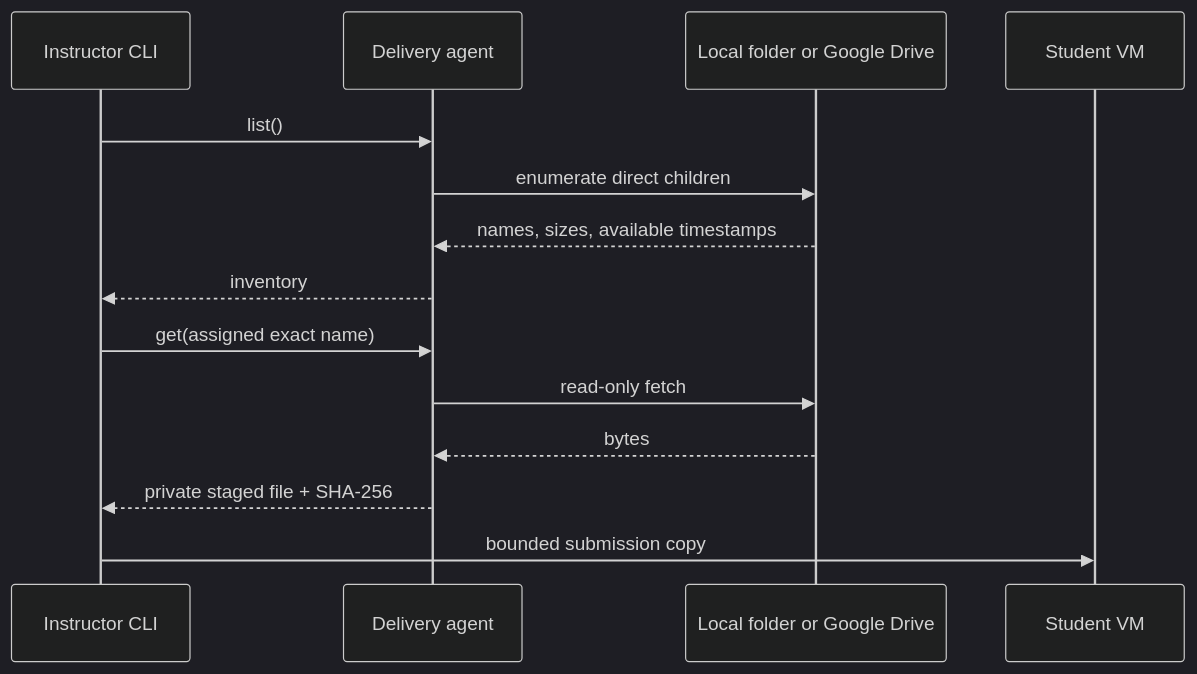
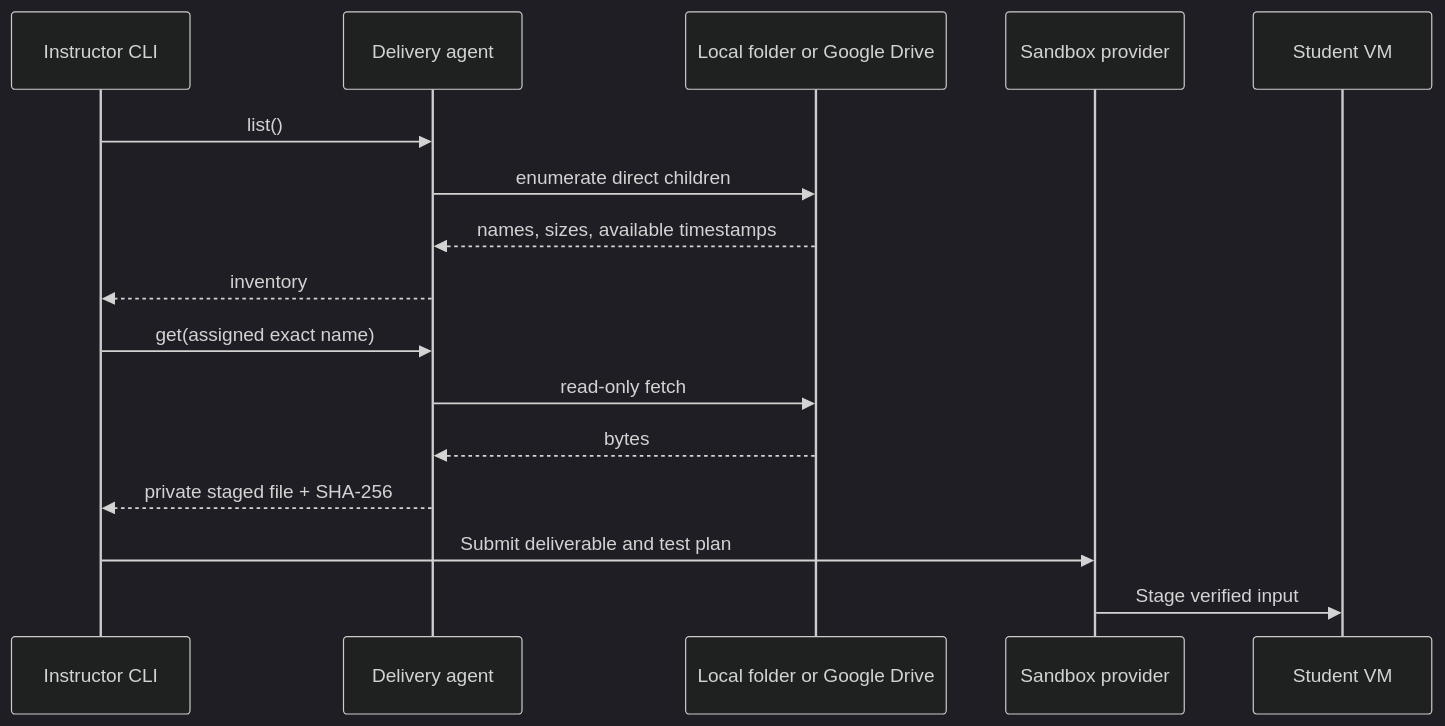
One commit to cbarahon/thot changed the first of 5 diagrams in docs/architecture.md. Above: the diagram before and after it, drawn with Mermaid (dark theme). The commit also changed other lines of this file and 9 other files, not shown here.

````diff
--- a/docs/architecture.md
+++ b/docs/architecture.md
@@ -17,16 +17,18 @@
 ```mermaid
 sequenceDiagram
   participant I as Instructor CLI
   participant A as Delivery agent
   participant S as Local folder or Google Drive
+  participant P as Sandbox provider
   participant V as Student VM
   I->>A: list()
   A->>S: enumerate direct children
   S-->>A: names, sizes, available timestamps
   A-->>I: inventory
   I->>A: get(assigned exact name)
   A->>S: read-only fetch
   S-->>A: bytes
   A-->>I: private staged file + SHA-256
-  I->>V: bounded submission copy
+  I->>P: Submit deliverable and test plan
+  P->>V: Stage verified input
 ```
````
